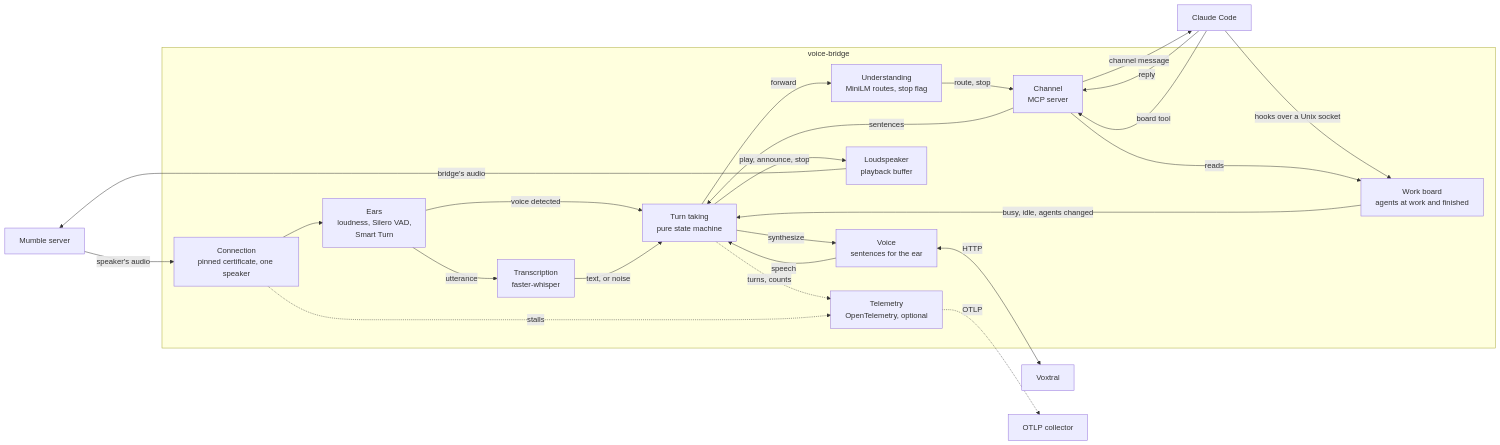
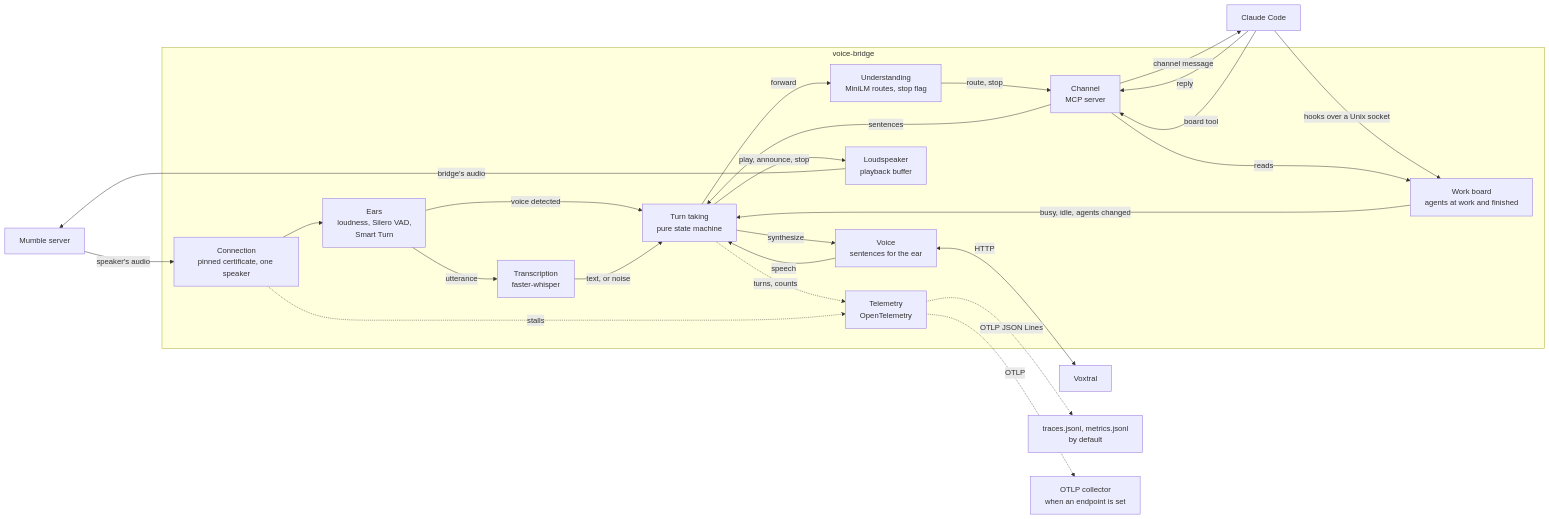
The third of 3 diagrams in README.md (marc-gavanier/voice-bridge), drawn with Mermaid before and after one commit. The commit also changed other lines of this file and 12 other files, not shown here.

First line of the commit message:
feat: keep traces and metrics in local OTLP JSON Lines files by default

````diff
--- a/README.md
+++ b/README.md
@@ -338,34 +357,36 @@
 ```mermaid
 flowchart LR
     mumble["Mumble server"]
     subgraph bridge["voice-bridge"]
         connection["Connection<br/>pinned certificate, one speaker"]
         ears["Ears<br/>loudness, Silero VAD,<br/>Smart Turn"]
         whisper["Transcription<br/>faster-whisper"]
         turns["Turn taking<br/>pure state machine"]
         understanding["Understanding<br/>MiniLM routes, stop flag"]
         channel["Channel<br/>MCP server"]
         board["Work board<br/>agents at work and finished"]
         mouth["Voice<br/>sentences for the ear"]
         loudspeaker["Loudspeaker<br/>playback buffer"]
-        telemetry["Telemetry<br/>OpenTelemetry, optional"]
+        telemetry["Telemetry<br/>OpenTelemetry"]
     end
     claude["Claude Code"]
     voxtral["Voxtral"]
-    collector["OTLP collector"]
+    files["traces.jsonl, metrics.jsonl<br/>by default"]
+    collector["OTLP collector<br/>when an endpoint is set"]
 
     mumble -->|"speaker's audio"| connection --> ears
     ears -->|"utterance"| whisper
     ears -->|"voice detected"| turns
     whisper -->|"text, or noise"| turns
     turns -->|"forward"| understanding -->|"route, stop"| channel -->|"channel message"| claude
     claude -->|"reply"| channel -->|"sentences"| turns
     claude -->|"hooks over a Unix socket"| board -->|"busy, idle, agents changed"| turns
     claude -->|"board tool"| channel -->|"reads"| board
     turns -->|"synthesize"| mouth <-->|"HTTP"| voxtral
     mouth -->|"speech"| turns
     turns -->|"play, announce, stop"| loudspeaker -->|"bridge's audio"| mumble
     turns -.->|"turns, counts"| telemetry
     connection -.->|"stalls"| telemetry
+    telemetry -.->|"OTLP JSON Lines"| files
     telemetry -.->|"OTLP"| collector
 ```
````
